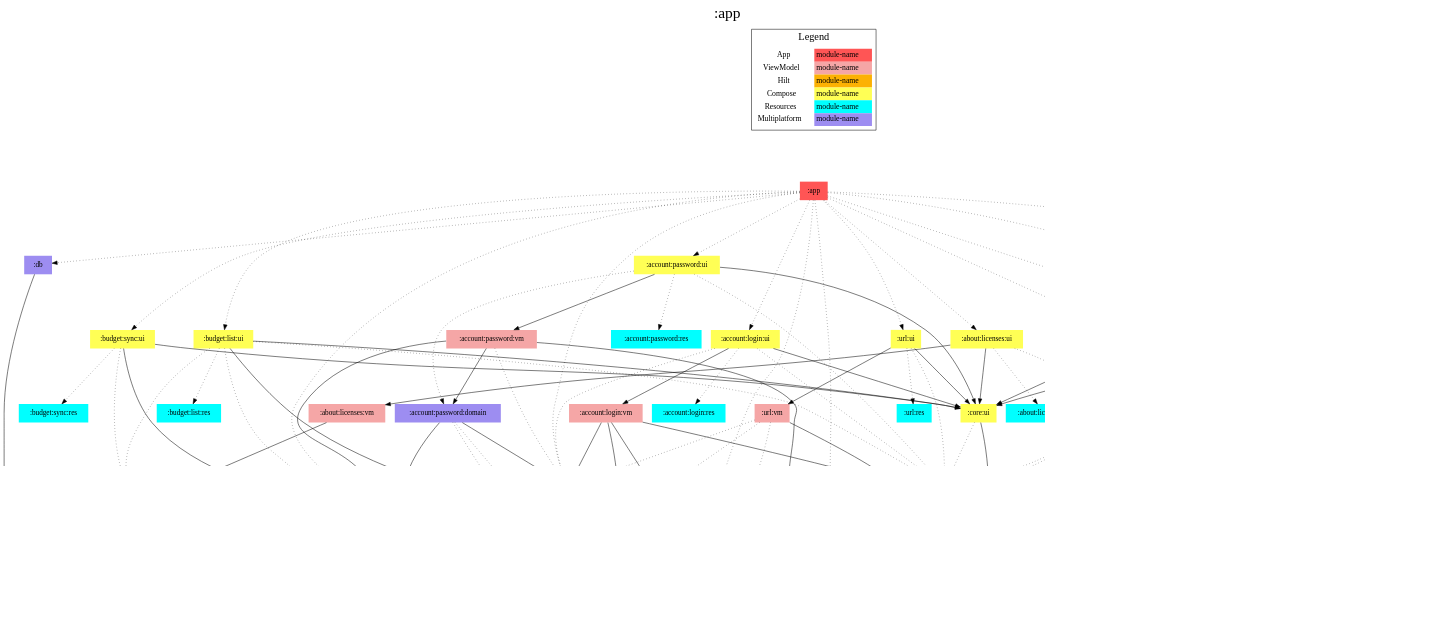
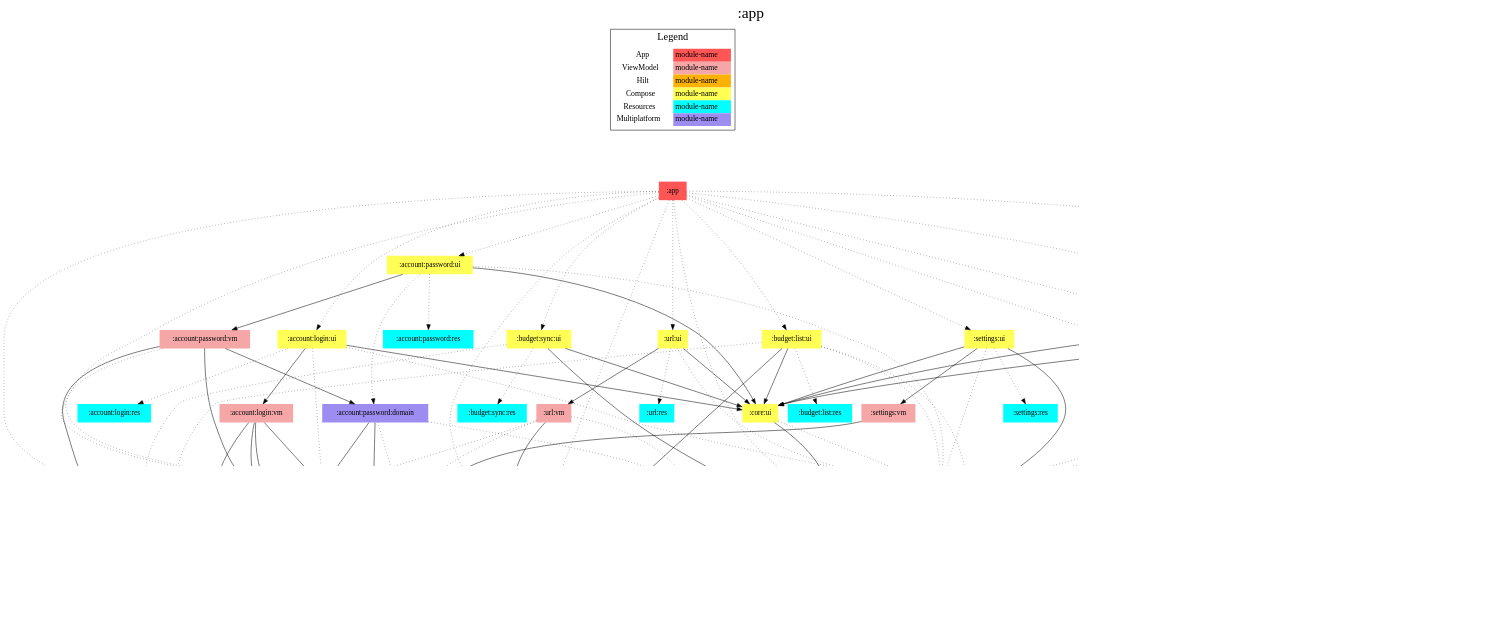
Before and after one commit to jonapoul/aktual: the diagram in app/modules.dot, drawn with Graphviz. The commit also changed 74 other files, not shown here.

First line of the commit message:
Decrypt databases during budget sync (#202)

```diff
--- a/app/modules.dot
+++ b/app/modules.dot
@@ -1,176 +1,184 @@
 digraph {
 edge ["dir"="forward"]
 graph ["dpi"="100","label"=":app","labelloc"="t","fontsize"="30","ranksep"="1.5","rankdir"="TB"]
 node ["style"="filled"]
 ":about:info:data" ["fillcolor"="#9D8DF1","shape"="none"]
 ":about:info:res" ["fillcolor"="#00FFFF","shape"="none"]
 ":about:info:ui" ["fillcolor"="#FFFF55","shape"="none"]
 ":about:info:vm" ["fillcolor"="#F5A6A6","shape"="none"]
 ":about:licenses:data" ["fillcolor"="#9D8DF1","shape"="none"]
 ":about:licenses:res" ["fillcolor"="#00FFFF","shape"="none"]
 ":about:licenses:ui" ["fillcolor"="#FFFF55","shape"="none"]
 ":about:licenses:vm" ["fillcolor"="#F5A6A6","shape"="none"]
 ":account:login:domain" ["fillcolor"="#9D8DF1","shape"="none"]
 ":account:login:res" ["fillcolor"="#00FFFF","shape"="none"]
 ":account:login:ui" ["fillcolor"="#FFFF55","shape"="none"]
 ":account:login:vm" ["fillcolor"="#F5A6A6","shape"="none"]
 ":account:model" ["fillcolor"="#9D8DF1","shape"="none"]
 ":account:password:domain" ["fillcolor"="#9D8DF1","shape"="none"]
 ":account:password:res" ["fillcolor"="#00FFFF","shape"="none"]
 ":account:password:ui" ["fillcolor"="#FFFF55","shape"="none"]
 ":account:password:vm" ["fillcolor"="#F5A6A6","shape"="none"]
 ":api:actual" ["fillcolor"="#9D8DF1","shape"="none"]
 ":api:builder" ["fillcolor"="#9D8DF1","shape"="none"]
 ":api:di" ["fillcolor"="#FCB103","shape"="none"]
 ":api:github" ["fillcolor"="#9D8DF1","shape"="none"]
 ":app" ["fillcolor"="#FF5555","shape"="none"]
+":budget:encryption" ["fillcolor"="#9D8DF1","shape"="none"]
 ":budget:list:res" ["fillcolor"="#00FFFF","shape"="none"]
 ":budget:list:ui" ["fillcolor"="#FFFF55","shape"="none"]
 ":budget:list:vm" ["fillcolor"="#F5A6A6","shape"="none"]
 ":budget:model" ["fillcolor"="#9D8DF1","shape"="none"]
 ":budget:sync:res" ["fillcolor"="#00FFFF","shape"="none"]
 ":budget:sync:ui" ["fillcolor"="#FFFF55","shape"="none"]
 ":budget:sync:vm" ["fillcolor"="#F5A6A6","shape"="none"]
 ":codegen:annotation" ["fillcolor"="#9D8DF1","shape"="none"]
 ":core:connection" ["fillcolor"="#9D8DF1","shape"="none"]
 ":core:di" ["fillcolor"="#FCB103","shape"="none"]
 ":core:files" ["fillcolor"="#9D8DF1","shape"="none"]
 ":core:model" ["fillcolor"="#9D8DF1","shape"="none"]
 ":core:res" ["fillcolor"="#00FFFF","shape"="none"]
 ":core:ui" ["fillcolor"="#FFFF55","shape"="none"]
 ":db" ["fillcolor"="#9D8DF1","shape"="none"]
 ":logging" ["fillcolor"="#9D8DF1","shape"="none"]
 ":prefs" ["fillcolor"="#9D8DF1","shape"="none"]
 ":settings:res" ["fillcolor"="#00FFFF","shape"="none"]
 ":settings:ui" ["fillcolor"="#FFFF55","shape"="none"]
 ":settings:vm" ["fillcolor"="#F5A6A6","shape"="none"]
 ":url:res" ["fillcolor"="#00FFFF","shape"="none"]
 ":url:ui" ["fillcolor"="#FFFF55","shape"="none"]
 ":url:vm" ["fillcolor"="#F5A6A6","shape"="none"]
 {
 edge ["dir"="none"]
 graph ["rank"="same"]
 ":app"
 }
 ":about:info:data" -> ":api:github"
 ":about:info:ui" -> ":about:info:res" ["style"="dotted"]
 ":about:info:ui" -> ":about:info:vm"
 ":about:info:ui" -> ":core:res" ["style"="dotted"]
 ":about:info:ui" -> ":core:ui"
 ":about:info:vm" -> ":about:info:data"
 ":about:licenses:data" -> ":core:files" ["style"="dotted"]
 ":about:licenses:ui" -> ":about:licenses:res" ["style"="dotted"]
 ":about:licenses:ui" -> ":about:licenses:vm"
 ":about:licenses:ui" -> ":core:res" ["style"="dotted"]
 ":about:licenses:ui" -> ":core:ui"
 ":about:licenses:vm" -> ":about:licenses:data"
 ":account:login:domain" -> ":account:model"
 ":account:login:domain" -> ":api:actual" ["style"="dotted"]
 ":account:login:domain" -> ":prefs" ["style"="dotted"]
 ":account:login:ui" -> ":account:login:domain" ["style"="dotted"]
 ":account:login:ui" -> ":account:login:res" ["style"="dotted"]
 ":account:login:ui" -> ":account:login:vm"
 ":account:login:ui" -> ":core:res" ["style"="dotted"]
 ":account:login:ui" -> ":core:ui"
 ":account:login:vm" -> ":account:login:domain"
 ":account:login:vm" -> ":account:model"
 ":account:login:vm" -> ":core:model"
 ":account:login:vm" -> ":prefs"
 ":account:password:domain" -> ":account:login:domain"
 ":account:password:domain" -> ":account:model"
 ":account:password:domain" -> ":api:actual" ["style"="dotted"]
 ":account:password:domain" -> ":prefs" ["style"="dotted"]
 ":account:password:ui" -> ":account:password:domain" ["style"="dotted"]
 ":account:password:ui" -> ":account:password:res" ["style"="dotted"]
 ":account:password:ui" -> ":account:password:vm"
 ":account:password:ui" -> ":core:res" ["style"="dotted"]
 ":account:password:ui" -> ":core:ui"
 ":account:password:vm" -> ":account:login:domain" ["style"="dotted"]
 ":account:password:vm" -> ":account:model"
 ":account:password:vm" -> ":account:password:domain"
 ":account:password:vm" -> ":core:model"
 ":api:actual" -> ":account:model"
 ":api:actual" -> ":budget:model"
 ":api:actual" -> ":codegen:annotation" ["style"="dotted"]
 ":api:actual" -> ":core:model"
 ":api:builder" -> ":core:model"
 ":api:di" -> ":api:builder" ["style"="dotted"]
 ":api:di" -> ":api:github"
 ":api:github" -> ":codegen:annotation" ["style"="dotted"]
 ":api:github" -> ":core:model"
 ":app" -> ":about:info:ui" ["style"="dotted"]
 ":app" -> ":about:licenses:ui" ["style"="dotted"]
 ":app" -> ":account:login:domain" ["style"="dotted"]
 ":app" -> ":account:login:ui" ["style"="dotted"]
 ":app" -> ":account:password:ui" ["style"="dotted"]
 ":app" -> ":api:di" ["style"="dotted"]
 ":app" -> ":budget:list:ui" ["style"="dotted"]
 ":app" -> ":budget:sync:ui" ["style"="dotted"]
 ":app" -> ":core:connection" ["style"="dotted"]
 ":app" -> ":core:di" ["style"="dotted"]
 ":app" -> ":db" ["style"="dotted"]
 ":app" -> ":logging" ["style"="dotted"]
 ":app" -> ":prefs" ["style"="dotted"]
 ":app" -> ":settings:ui" ["style"="dotted"]
 ":app" -> ":url:ui" ["style"="dotted"]
+":budget:encryption" -> ":account:model"
+":budget:encryption" -> ":budget:model"
+":budget:encryption" -> ":core:model"
 ":budget:list:ui" -> ":account:model" ["style"="dotted"]
 ":budget:list:ui" -> ":budget:list:res" ["style"="dotted"]
 ":budget:list:ui" -> ":budget:list:vm"
 ":budget:list:ui" -> ":budget:model" ["style"="dotted"]
 ":budget:list:ui" -> ":core:res" ["style"="dotted"]
 ":budget:list:ui" -> ":core:ui"
 ":budget:list:vm" -> ":account:model" ["style"="dotted"]
 ":budget:list:vm" -> ":api:actual" ["style"="dotted"]
 ":budget:list:vm" -> ":budget:model"
 ":budget:list:vm" -> ":core:model"
 ":budget:list:vm" -> ":prefs" ["style"="dotted"]
 ":budget:sync:ui" -> ":account:model" ["style"="dotted"]
 ":budget:sync:ui" -> ":budget:sync:res" ["style"="dotted"]
 ":budget:sync:ui" -> ":budget:sync:vm"
 ":budget:sync:ui" -> ":core:ui"
 ":budget:sync:vm" -> ":account:model" ["style"="dotted"]
 ":budget:sync:vm" -> ":api:actual" ["style"="dotted"]
+":budget:sync:vm" -> ":budget:encryption" ["style"="dotted"]
 ":budget:sync:vm" -> ":budget:model" ["style"="dotted"]
 ":budget:sync:vm" -> ":core:files"
 ":budget:sync:vm" -> ":core:model"
+":budget:sync:vm" -> ":prefs" ["style"="dotted"]
 ":core:connection" -> ":api:actual" ["style"="dotted"]
 ":core:connection" -> ":api:builder" ["style"="dotted"]
 ":core:connection" -> ":core:model" ["style"="dotted"]
 ":core:connection" -> ":prefs" ["style"="dotted"]
 ":core:di" -> ":core:files"
 ":core:di" -> ":core:model"
+":core:di" -> ":prefs"
 ":core:files" -> ":budget:model"
 ":core:ui" -> ":core:model"
 ":core:ui" -> ":core:res" ["style"="dotted"]
 ":db" -> ":budget:model"
+":db" -> ":core:files"
 ":prefs" -> ":account:model"
 ":prefs" -> ":core:model"
 ":settings:ui" -> ":core:model"
 ":settings:ui" -> ":core:res" ["style"="dotted"]
 ":settings:ui" -> ":core:ui"
 ":settings:ui" -> ":settings:res" ["style"="dotted"]
 ":settings:ui" -> ":settings:vm"
 ":settings:vm" -> ":prefs"
 ":url:ui" -> ":core:res" ["style"="dotted"]
 ":url:ui" -> ":core:ui"
 ":url:ui" -> ":url:res" ["style"="dotted"]
 ":url:ui" -> ":url:vm"
 ":url:vm" -> ":account:login:domain" ["style"="dotted"]
 ":url:vm" -> ":api:actual" ["style"="dotted"]
 ":url:vm" -> ":core:model"
 ":url:vm" -> ":prefs" ["style"="dotted"]
 subgraph "cluster_legend" {
 edge ["dir"="none"]
 graph ["label"="Legend","fontsize"="20"]
 "Legend" ["style"="filled","fillcolor"="#FFFFFF","shape"="none","margin"="0","fontsize"="15","label"=<
 <TABLE BORDER="0" CELLBORDER="0" CELLSPACING="0" CELLPADDING="4">
 <TR><TD>App</TD><TD BGCOLOR="#FF5555">module-name</TD></TR>
 <TR><TD>ViewModel</TD><TD BGCOLOR="#F5A6A6">module-name</TD></TR>
 <TR><TD>Hilt</TD><TD BGCOLOR="#FCB103">module-name</TD></TR>
 <TR><TD>Compose</TD><TD BGCOLOR="#FFFF55">module-name</TD></TR>
 <TR><TD>Resources</TD><TD BGCOLOR="#00FFFF">module-name</TD></TR>
 <TR><TD>Multiplatform</TD><TD BGCOLOR="#9D8DF1">module-name</TD></TR>
 </TABLE>
 >]
 } -> ":app" ["style"="invis"]
 }
```
